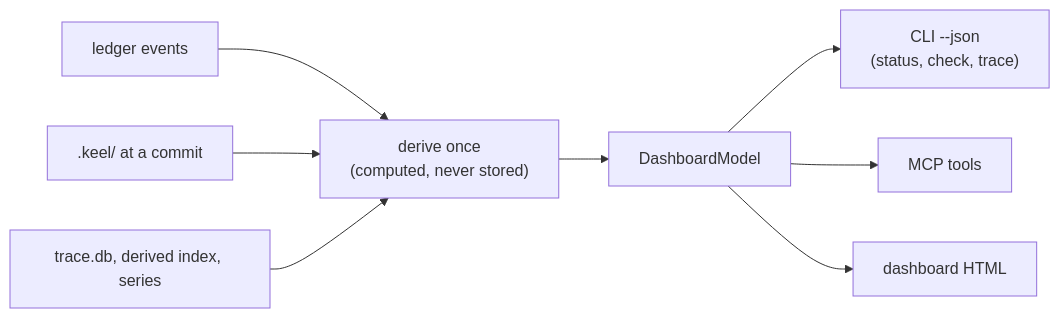
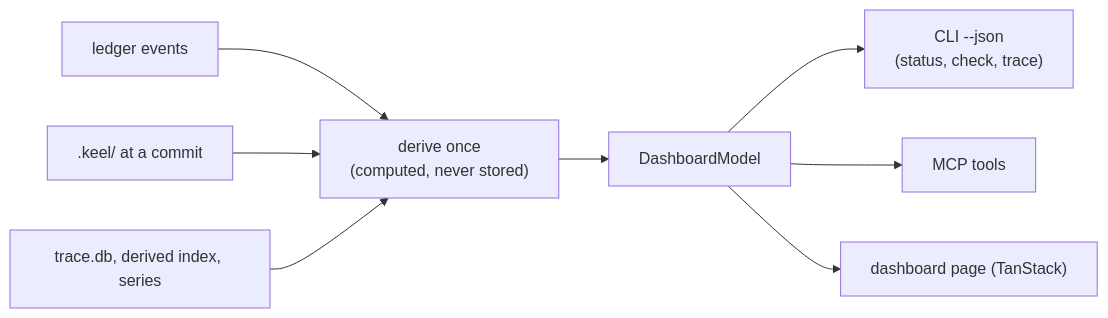
The diagram in docs/08-dashboard.md (Qither/keel), drawn with Mermaid before and after one commit. The commit also changed other lines of this file and 130 other files, not shown here.

````diff
--- a/docs/08-dashboard.md
+++ b/docs/08-dashboard.md
@@ -70,10 +98,10 @@
 ```mermaid
 flowchart LR
   ledger["ledger events"] --> derive["derive once<br/>(computed, never stored)"]
   declared[".keel/ at a commit"] --> derive
   caches["trace.db, derived index, series"] --> derive
   derive --> model["DashboardModel"]
   model --> cli["CLI --json<br/>(status, check, trace)"]
   model --> mcp["MCP tools"]
-  model --> html["dashboard HTML"]
+  model --> html["dashboard page (TanStack)"]
 ```
````
